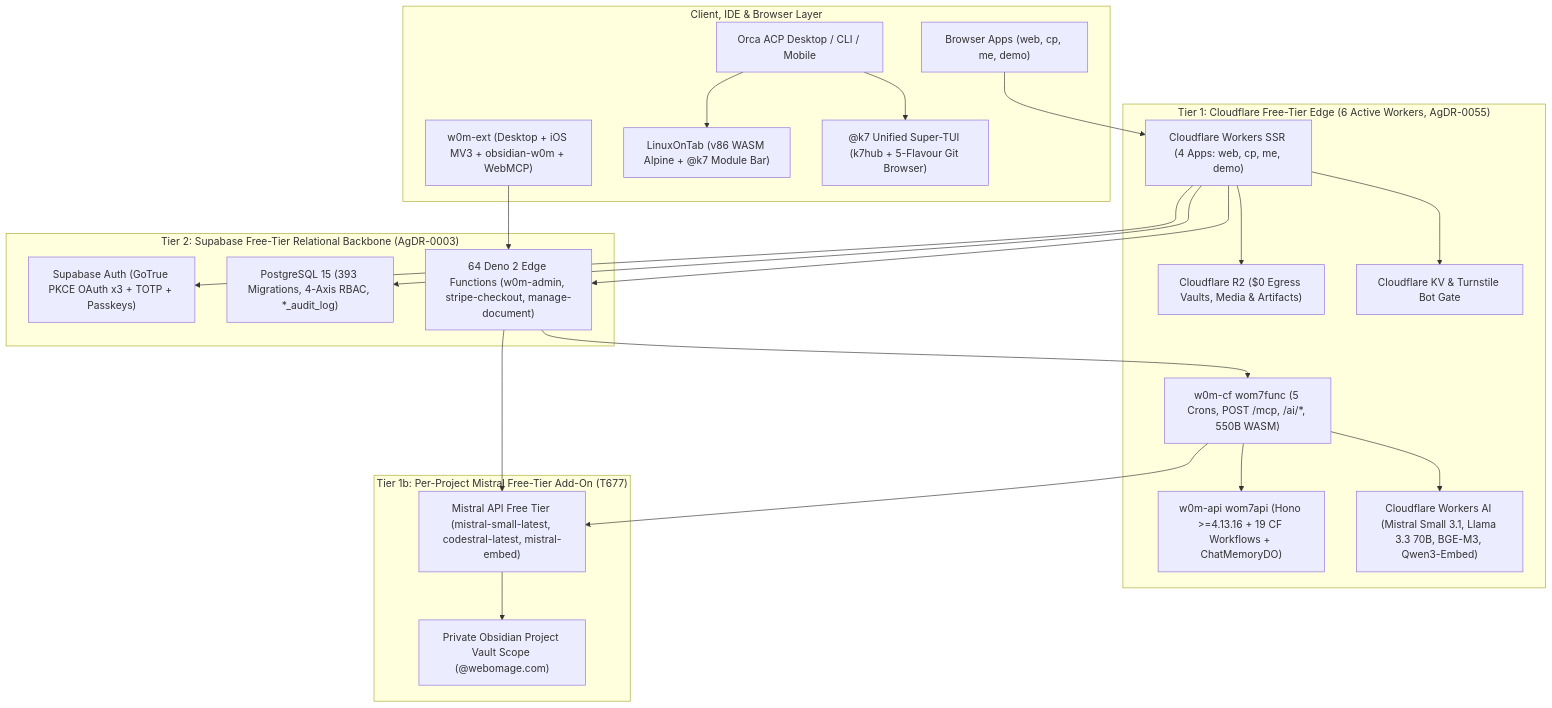
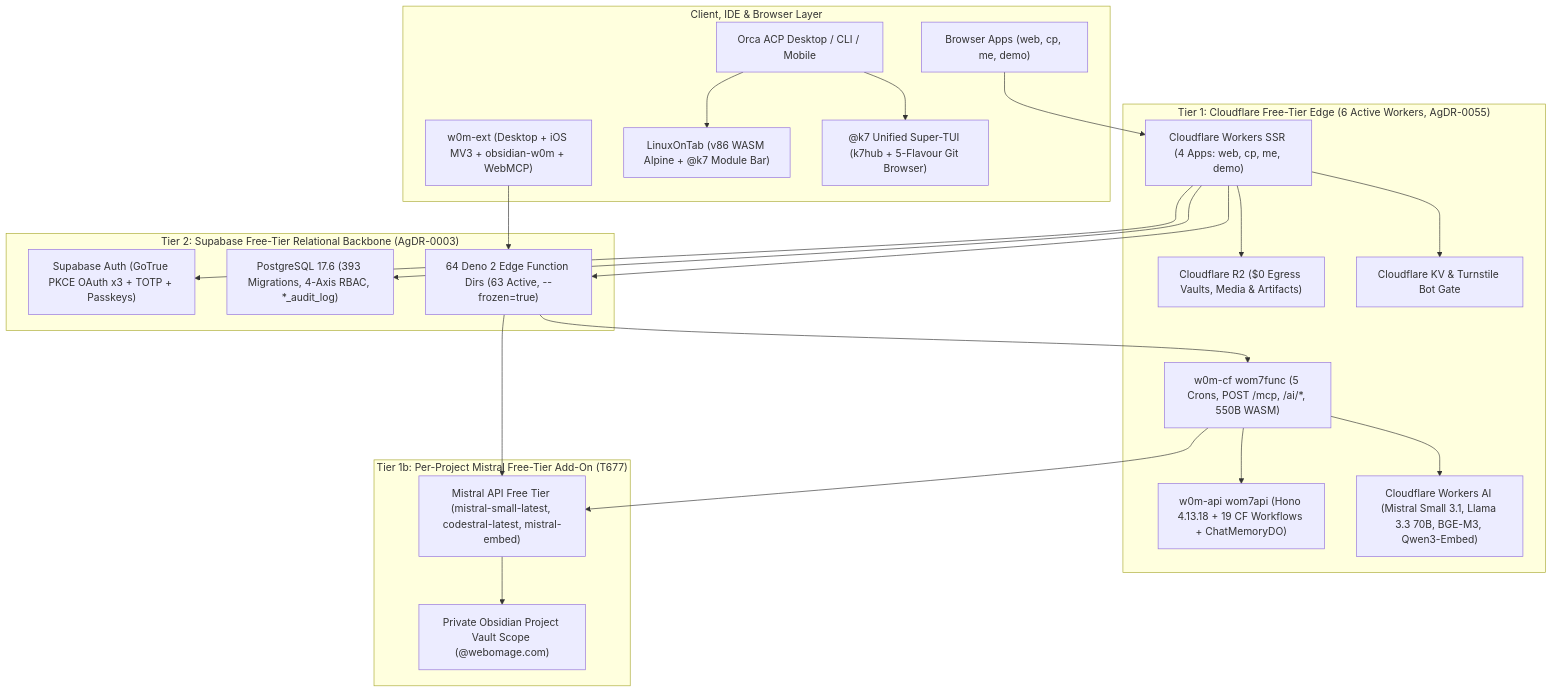
One commit to webomage/a2ui-vinext changed the diagram in docs/ARCHITECTURE.md. Above: the diagram before and after it, drawn with Mermaid. The commit also changed other lines of this file and 15 other files, not shown here.

````diff
--- a/docs/ARCHITECTURE.md
+++ b/docs/ARCHITECTURE.md
@@ -26,46 +26,46 @@
 ```mermaid
 flowchart TD
     subgraph ClientLayer["Client, IDE & Browser Layer"]
         Browser["Browser Apps (web, cp, me, demo)"]
         Ext["w0m-ext (Desktop + iOS MV3 + obsidian-w0m + WebMCP)"]
         Orca["Orca ACP Desktop / CLI / Mobile"]
         LOT["LinuxOnTab (v86 WASM Alpine + @k7 Module Bar)"]
         K7["@k7 Unified Super-TUI (k7hub + 5-Flavour Git Browser)"]
     end
 
     subgraph EdgeLayer["Tier 1: Cloudflare Free-Tier Edge (6 Active Workers, AgDR-0055)"]
         CFWorkers["Cloudflare Workers SSR (4 Apps: web, cp, me, demo)"]
         CFWork["w0m-cf wom7func (5 Crons, POST /mcp, /ai/*, 550B WASM)"]
-        CFApi["w0m-api wom7api (Hono >=4.13.16 + 19 CF Workflows + ChatMemoryDO)"]
+        CFApi["w0m-api wom7api (Hono 4.13.18 + 19 CF Workflows + ChatMemoryDO)"]
         CFR2["Cloudflare R2 ($0 Egress Vaults, Media & Artifacts)"]
         CFKV["Cloudflare KV & Turnstile Bot Gate"]
         CFAI["Cloudflare Workers AI (Mistral Small 3.1, Llama 3.3 70B, BGE-M3, Qwen3-Embed)"]
     end
 
     subgraph AddonAI["Tier 1b: Per-Project Mistral Free-Tier Add-On (T677)"]
         Mistral["Mistral API Free Tier (mistral-small-latest, codestral-latest, mistral-embed)"]
         ObsidianScope["Private Obsidian Project Vault Scope (<project>@webomage.com)"]
     end
 
     subgraph DataLayer["Tier 2: Supabase Free-Tier Relational Backbone (AgDR-0003)"]
         GoTrue["Supabase Auth (GoTrue PKCE OAuth x3 + TOTP + Passkeys)"]
-        PG["PostgreSQL 15 (393 Migrations, 4-Axis RBAC, *_audit_log)"]
-        EdgeFn["64 Deno 2 Edge Functions (w0m-admin, stripe-checkout, manage-document)"]
+        PG["PostgreSQL 17.6 (393 Migrations, 4-Axis RBAC, *_audit_log)"]
+        EdgeFn["64 Deno 2 Edge Function Dirs (63 Active, --frozen=true)"]
     end
 
     Browser --> CFWorkers
     Ext --> EdgeFn
     Orca --> LOT
     Orca --> K7
     CFWorkers --> GoTrue
     CFWorkers --> PG
     CFWorkers --> EdgeFn
     CFWorkers --> CFR2
     CFWorkers --> CFKV
     EdgeFn --> CFWork
     EdgeFn --> Mistral
     CFWork --> CFAI
     CFWork --> Mistral
     CFWork --> CFApi
     Mistral --> ObsidianScope
 ```
````
